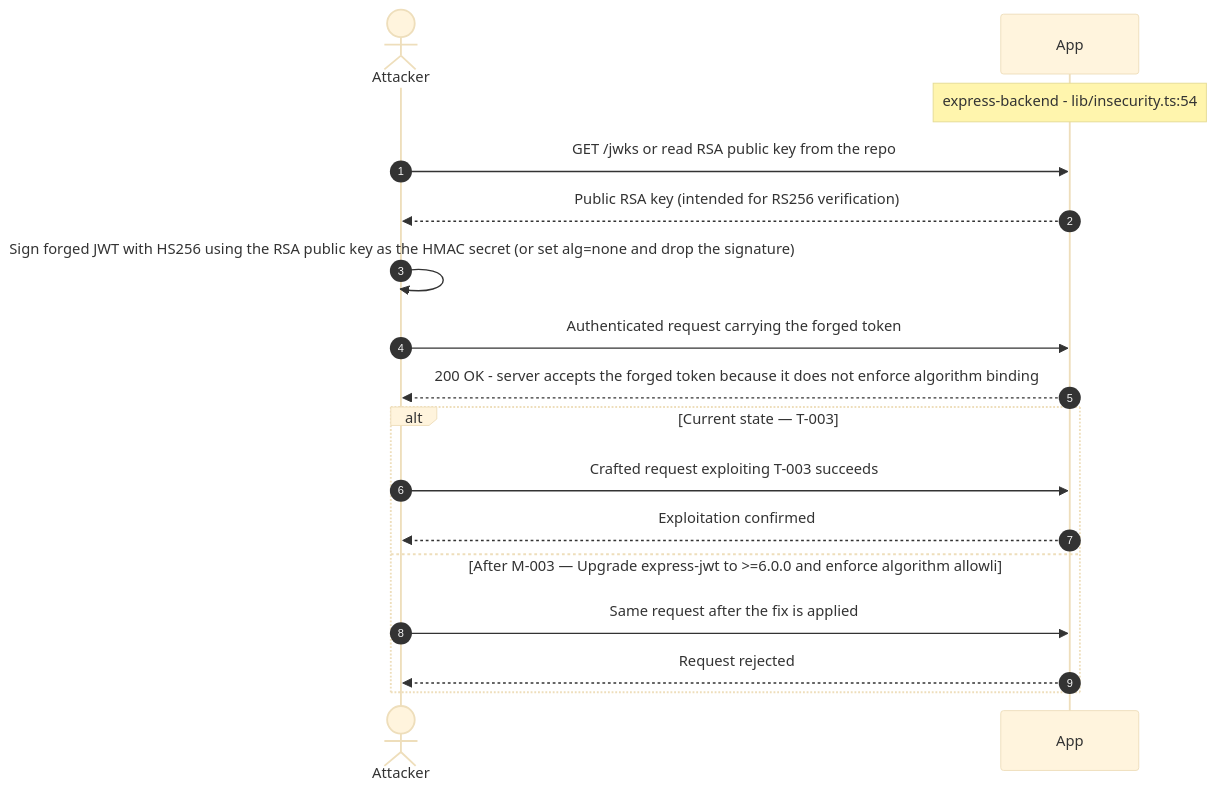
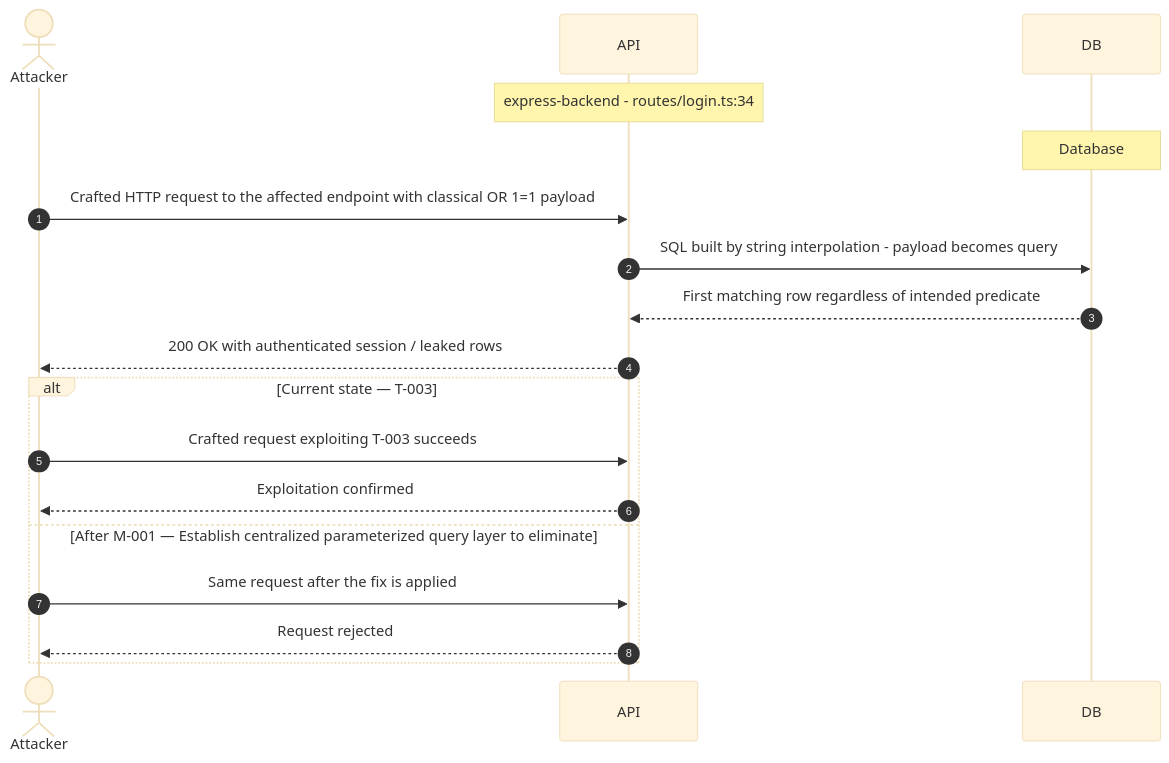
The tenth of 18 diagrams in examples/threat-modeler/threat-model-juice-shop-standard.md (appsec-foundry/appsec-advisor), drawn with Mermaid (base theme) before and after one commit. The commit also changed other lines of this file and 44 other files, not shown here.

````diff
--- a/examples/threat-modeler/threat-model-juice-shop-standard.md
+++ b/examples/threat-modeler/threat-model-juice-shop-standard.md
@@ -594,19 +580,20 @@
 ```mermaid
 sequenceDiagram
     autonumber
     actor Attacker
-    participant App
-    Note over App: express-backend - lib/insecurity.ts:54
-    Attacker->>App: GET /jwks or read RSA public key from the repo
-    App-->>Attacker: Public RSA key (intended for RS256 verification)
-    Attacker->>Attacker: Sign forged JWT with HS256 using the RSA public key as the HMAC secret (or set alg=none and drop the signature)
-    Attacker->>App: Authenticated request carrying the forged token
-    App-->>Attacker: 200 OK - server accepts the forged token because it does not enforce algorithm binding
+    participant API
+    participant DB
+    Note over API: express-backend - routes/login.ts:34
+    Note over DB: Database
+    Attacker->>API: Crafted HTTP request to the affected endpoint with classical OR 1=1 payload
+    API->>DB: SQL built by string interpolation - payload becomes query
+    DB-->>API: First matching row regardless of intended predicate
+    API-->>Attacker: 200 OK with authenticated session / leaked rows
     alt Current state — T-003
-        Attacker->>App: Crafted request exploiting T-003 succeeds
-        App-->>Attacker: Exploitation confirmed
-    else After M-003 — Upgrade express-jwt to >=6.0.0 and enforce algorithm allowli
-        Attacker->>App: Same request after the fix is applied
-        App-->>Attacker: Request rejected
+        Attacker->>API: Crafted request exploiting T-003 succeeds
+        API-->>Attacker: Exploitation confirmed
+    else After M-001 — Establish centralized parameterized query layer to eliminate
+        Attacker->>API: Same request after the fix is applied
+        API-->>Attacker: Request rejected
     end
 ```
````
